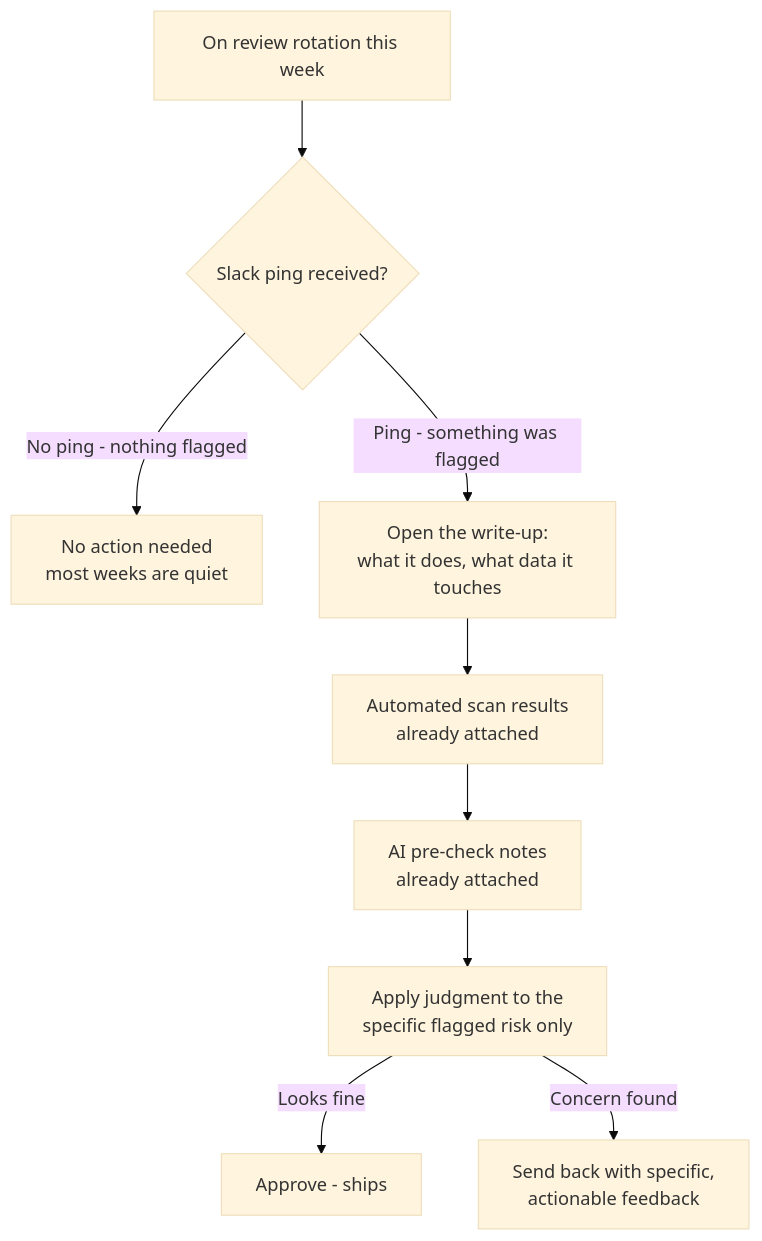
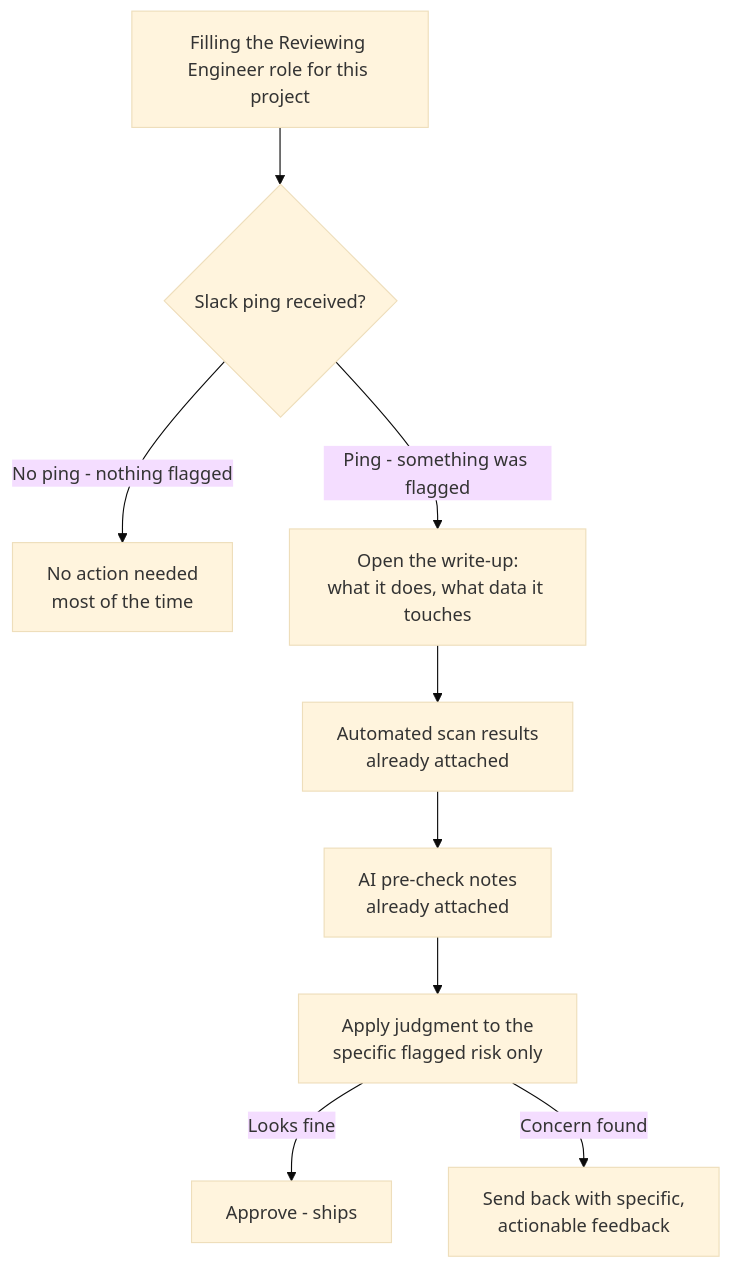
The second of 2 diagrams in cpo-flow-overview.md (akshayrao14/buildwise), drawn with Mermaid (base theme) before and after one commit. The commit also changed other lines of this file and 1 other file, not shown here.

First line of the commit message:
Add onewaydoor-docs/README.md, update cpo-flow-overview.md for self-fillable reviewer

````diff
--- a/cpo-flow-overview.md
+++ b/cpo-flow-overview.md
@@ -44,11 +44,11 @@
 ```mermaid
 flowchart TD
-    A[On review rotation this week] --> B{Slack ping received?}
-    B -->|No ping - nothing flagged| C[No action needed<br/>most weeks are quiet]
+    A[Filling the Reviewing Engineer role for this project] --> B{Slack ping received?}
+    B -->|No ping - nothing flagged| C[No action needed<br/>most of the time]
     B -->|Ping - something was flagged| D[Open the write-up:<br/>what it does, what data it touches]
     D --> E[Automated scan results<br/>already attached]
     E --> F[AI pre-check notes<br/>already attached]
     F --> G[Apply judgment to the<br/>specific flagged risk only]
     G -->|Looks fine| H[Approve - ships]
     G -->|Concern found| I[Send back with specific,<br/>actionable feedback]
 ```
````
